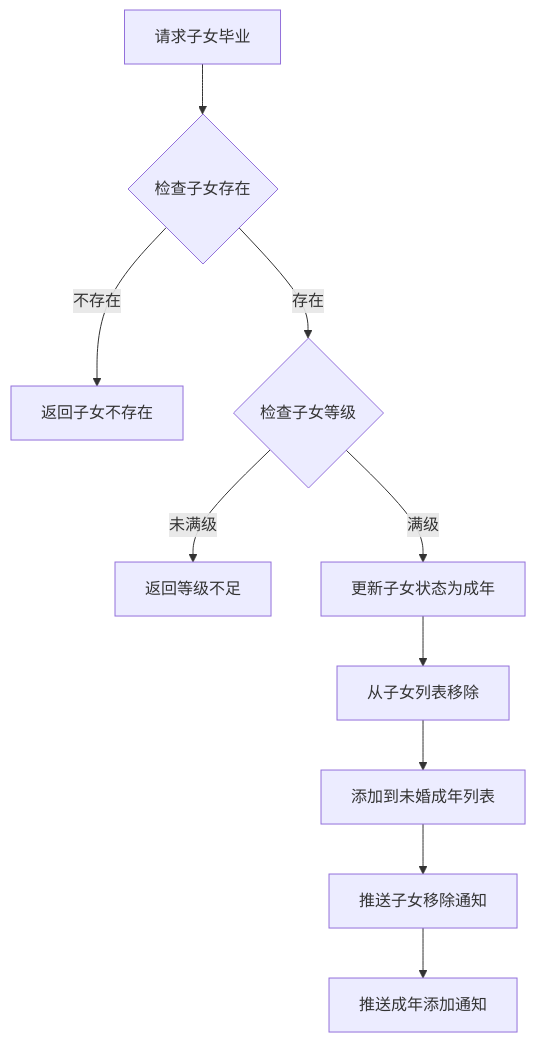
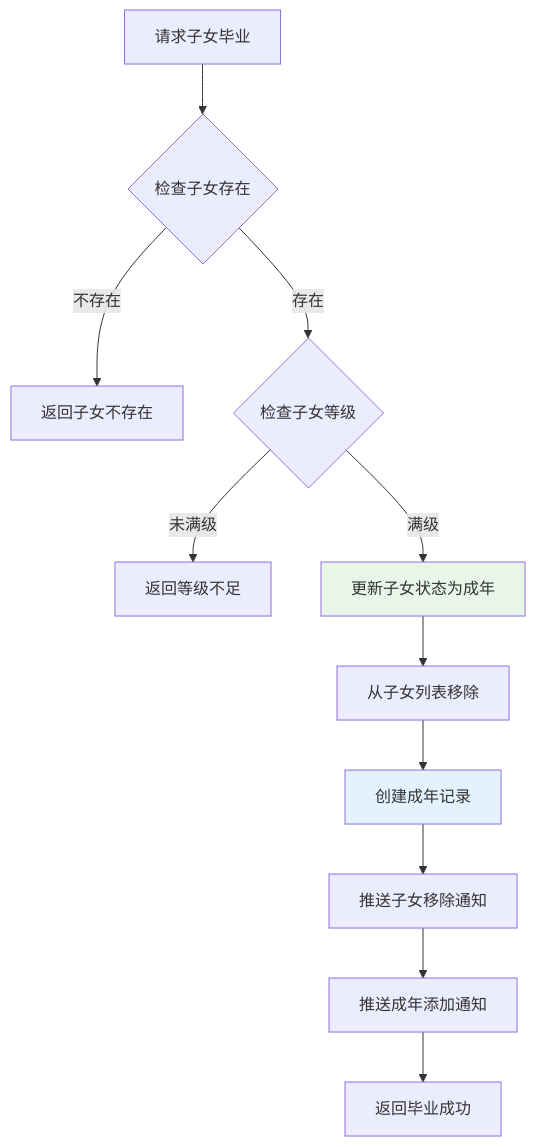
One commit to Alan-Ben/k2c_game_framework changed the fourth of 12 diagrams in docs/Module_Child/05_完整说明.md. Above: the diagram before and after it, drawn with Mermaid. The commit also changed other lines of this file and 7 other files, not shown here.

````diff
--- a/docs/Module_Child/05_完整说明.md
+++ b/docs/Module_Child/05_完整说明.md
@@ -137,12 +164,16 @@
 ```mermaid
 flowchart TD
     A[请求子女毕业] --> B{检查子女存在}
     B -->|不存在| C[返回子女不存在]
     B -->|存在| D{检查子女等级}
     D -->|未满级| E[返回等级不足]
     D -->|满级| F[更新子女状态为成年]
     F --> G[从子女列表移除]
-    G --> H[添加到未婚成年列表]
+    G --> H[创建成年记录]
     H --> I[推送子女移除通知]
     I --> J[推送成年添加通知]
+    J --> K[返回毕业成功]
+
+    style F fill:#e8f5e9
+    style H fill:#e3f2fd
 ```
````
